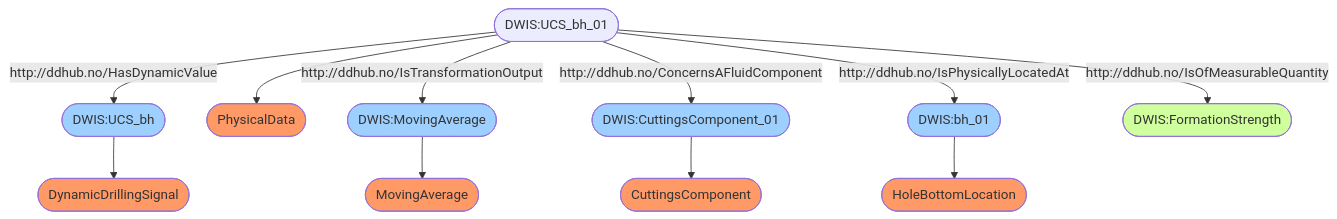
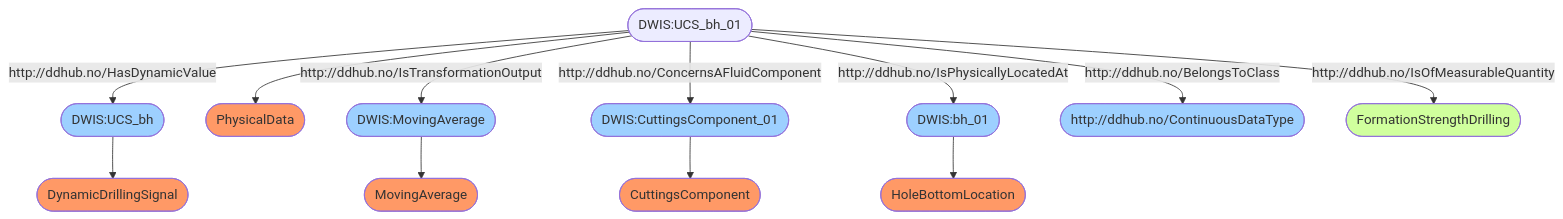
One commit to D-WIS/MicroStateEngine changed the first of 2 diagrams in DWIS.MicroState.Semantic.RealtimeSignal/SemanticGraphsUCS.md. Above: the diagram before and after it, drawn with Mermaid. The commit also changed other lines of this file and 5 other files, not shown here.

````diff
--- a/DWIS.MicroState.Semantic.RealtimeSignal/SemanticGraphsUCS.md
+++ b/DWIS.MicroState.Semantic.RealtimeSignal/SemanticGraphsUCS.md
@@ -2,17 +2,18 @@
 ```mermaid
 flowchart TD
 	 classDef typeClass fill:#f96;
 	 classDef classClass fill:#9dd0ff;
 	 classDef opcClass fill:#ff9dd0;
 	 classDef quantityClass fill:#d0ff9d;
 	DWIS:UCS_bh([DWIS:UCS_bh]) --> DynamicDrillingSignal([DynamicDrillingSignal]):::typeClass
 	DWIS:UCS_bh_01([DWIS:UCS_bh_01]) --> PhysicalData([PhysicalData]):::typeClass
 	DWIS:MovingAverage([DWIS:MovingAverage]) --> MovingAverage([MovingAverage]):::typeClass
 	DWIS:CuttingsComponent_01([DWIS:CuttingsComponent_01]) --> CuttingsComponent([CuttingsComponent]):::typeClass
 	DWIS:bh_01([DWIS:bh_01]) --> HoleBottomLocation([HoleBottomLocation]):::typeClass
+	DWIS:UCS_bh_01([DWIS:UCS_bh_01]) -- http://ddhub.no/BelongsToClass --> http://ddhub.no/ContinuousDataType([http://ddhub.no/ContinuousDataType]):::classClass
 	DWIS:UCS_bh_01([DWIS:UCS_bh_01]) -- http://ddhub.no/HasDynamicValue --> DWIS:UCS_bh([DWIS:UCS_bh]):::classClass
-	DWIS:UCS_bh_01([DWIS:UCS_bh_01]) -- http://ddhub.no/IsOfMeasurableQuantity --> DWIS:FormationStrength([DWIS:FormationStrength]):::quantityClass
+	DWIS:UCS_bh_01([DWIS:UCS_bh_01]) -- http://ddhub.no/IsOfMeasurableQuantity --> FormationStrengthDrilling([FormationStrengthDrilling]):::quantityClass
 	DWIS:UCS_bh_01([DWIS:UCS_bh_01]) -- http://ddhub.no/IsTransformationOutput --> DWIS:MovingAverage([DWIS:MovingAverage]):::classClass
 	DWIS:UCS_bh_01([DWIS:UCS_bh_01]) -- http://ddhub.no/ConcernsAFluidComponent --> DWIS:CuttingsComponent_01([DWIS:CuttingsComponent_01]):::classClass
 	DWIS:UCS_bh_01([DWIS:UCS_bh_01]) -- http://ddhub.no/IsPhysicallyLocatedAt --> DWIS:bh_01([DWIS:bh_01]):::classClass
 ```
````
